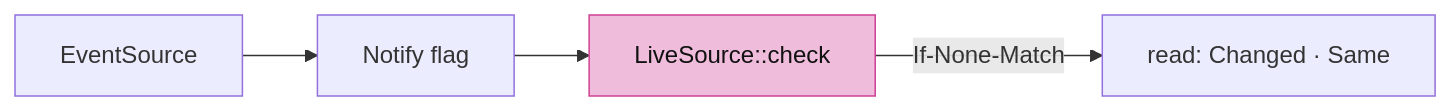
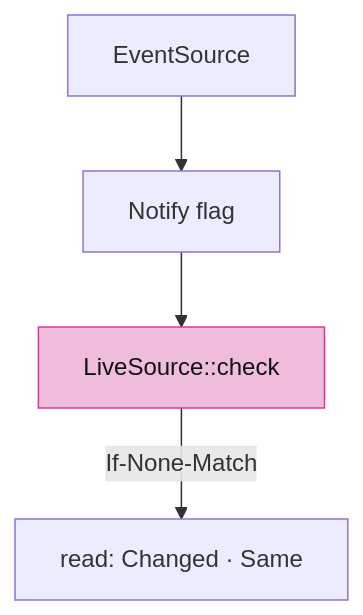
One commit to petrasvestartas/session changed the sixth of 9 diagrams in session_viewer/docs/14-loading.md. Above: the diagram before and after it, drawn with Mermaid. The commit also changed other lines of this file and 34 other files, not shown here.

First line of the commit message:
Course: each lesson teaches its file's final form; diagrams fit the column

````diff
--- a/session_viewer/docs/14-loading.md
+++ b/session_viewer/docs/14-loading.md
@@ -96,5 +96,7 @@
 ```mermaid
-flowchart LR
-    E["EventSource"] --> N["Notify flag"] --> C["LiveSource::check"] -- "If-None-Match" --> R["read: Changed · Same"]
+flowchart TB
+    E["EventSource"] --> N["Notify flag"]
+    N --> C["LiveSource::check"]
+    C -- "If-None-Match" --> R["read: Changed · Same"]
     style C fill:#f0bcdb,stroke:#ce4095,color:#111
 ```
````
